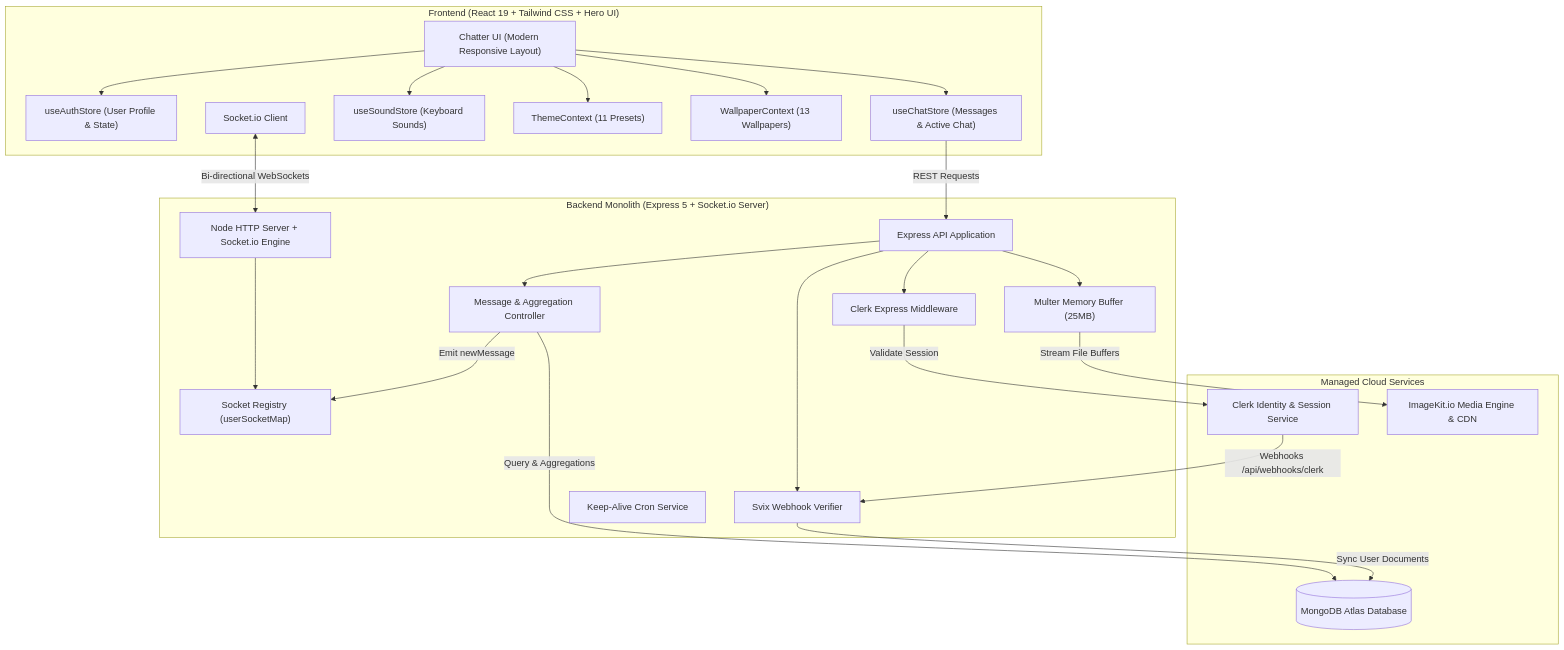
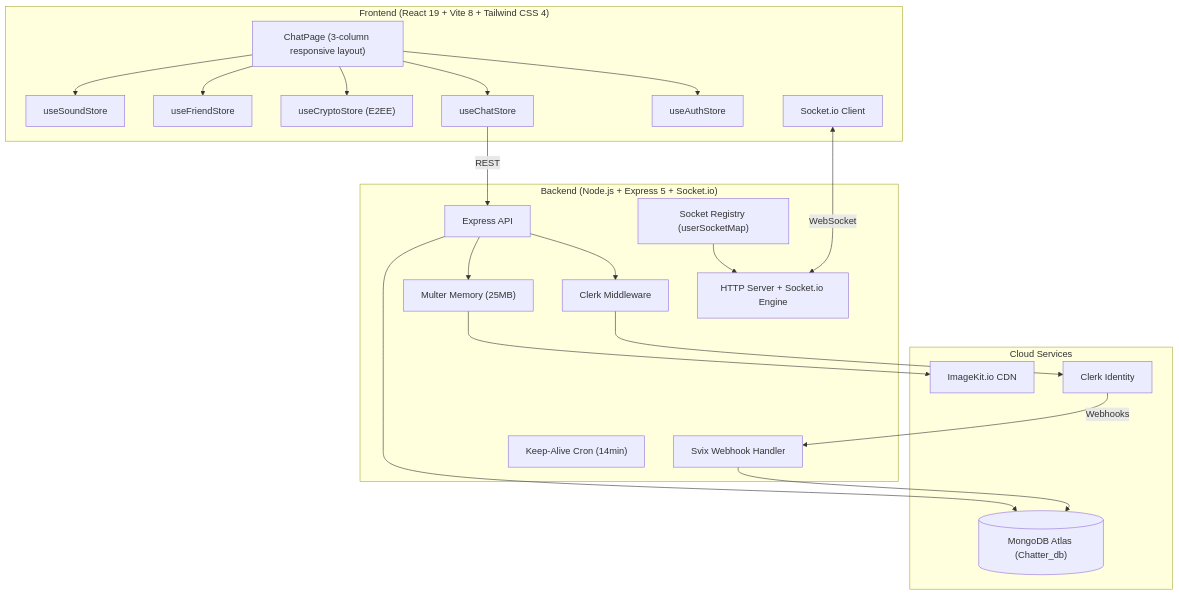
Before and after one commit to ayushnandi718-dev/Chatter: the first of 3 diagrams in docs/ARCHITECTURE.md, drawn with Mermaid. The commit also changed other lines of this file and 12 other files, not shown here.

````diff
--- a/docs/ARCHITECTURE.md
+++ b/docs/ARCHITECTURE.md
@@ -13,41 +11,39 @@
 ```mermaid
 graph TD
-    subgraph Client ["Frontend (React 19 + Tailwind CSS + Hero UI)"]
-        UI["Chatter UI (Modern Responsive Layout)"]
-        ZAuth["useAuthStore (User Profile & State)"]
-        ZChat["useChatStore (Messages & Active Chat)"]
-        ZSound["useSoundStore (Keyboard Sounds)"]
-        CtxTheme["ThemeContext (11 Presets)"]
-        CtxWall["WallpaperContext (13 Wallpapers)"]
+    subgraph Client ["Frontend (React 19 + Vite 8 + Tailwind CSS 4)"]
+        UI["ChatPage (3-column responsive layout)"]
+        ZAuth["useAuthStore"]
+        ZChat["useChatStore"]
+        ZCrypto["useCryptoStore (E2EE)"]
+        ZFriend["useFriendStore"]
+        ZSound["useSoundStore"]
         SockClient["Socket.io Client"]
     end
 
-    subgraph Managed ["Managed Cloud Services"]
-        ClerkAuth["Clerk Identity & Session Service"]
-        ImageKitCDN["ImageKit.io Media Engine & CDN"]
-        MongoAtlas[("MongoDB Atlas Database")]
+    subgraph Managed ["Cloud Services"]
+        ClerkAuth["Clerk Identity"]
+        MongoAtlas[("MongoDB Atlas (Chatter_db)")]
+        ImageKitCDN["ImageKit.io CDN"]
     end
 
-    subgraph Backend ["Backend Monolith (Express 5 + Socket.io Server)"]
-        HttpServer["Node HTTP Server + Socket.io Engine"]
-        ExpressApp["Express API Application"]
-        SocketManager["Socket Registry (userSocketMap)"]
-        AuthMW["Clerk Express Middleware"]
-        MulterMW["Multer Memory Buffer (25MB)"]
-        ClerkWebhook["Svix Webhook Verifier"]
-        MsgCtrl["Message & Aggregation Controller"]
-        CronKeepAlive["Keep-Alive Cron Service"]
+    subgraph Backend ["Backend (Node.js + Express 5 + Socket.io)"]
+        HttpServer["HTTP Server + Socket.io Engine"]
+        ExpressApp["Express API"]
+        AuthMW["Clerk Middleware"]
+        MulterMW["Multer Memory (25MB)"]
+        ClerkWebhook["Svix Webhook Handler"]
+        SocketReg["Socket Registry (userSocketMap)"]
+        Cron["Keep-Alive Cron (14min)"]
     end
 
-    UI --> ZAuth & ZChat & ZSound & CtxTheme & CtxWall
-    ZChat -->|REST Requests| ExpressApp
-    SockClient <-->|Bi-directional WebSockets| HttpServer
-    HttpServer --> SocketManager
-    ExpressApp --> AuthMW & MulterMW & ClerkWebhook & MsgCtrl
-    AuthMW -->|Validate Session| ClerkAuth
-    ClerkAuth -->|Webhooks /api/webhooks/clerk| ClerkWebhook
-    MulterMW -->|Stream File Buffers| ImageKitCDN
-    MsgCtrl -->|Query & Aggregations| MongoAtlas
-    ClerkWebhook -->|Sync User Documents| MongoAtlas
-    MsgCtrl -->|Emit newMessage| SocketManager
+    UI --> ZAuth & ZChat & ZCrypto & ZFriend & ZSound
+    ZChat -->|REST| ExpressApp
+    SockClient <-->|WebSocket| HttpServer
+    ExpressApp --> AuthMW & MulterMW
+    AuthMW --> ClerkAuth
+    ClerkAuth -->|Webhooks| ClerkWebhook
+    MulterMW --> ImageKitCDN
+    ClerkWebhook --> MongoAtlas
+    ExpressApp --> MongoAtlas
+    SocketReg --> HttpServer
 ```
````
